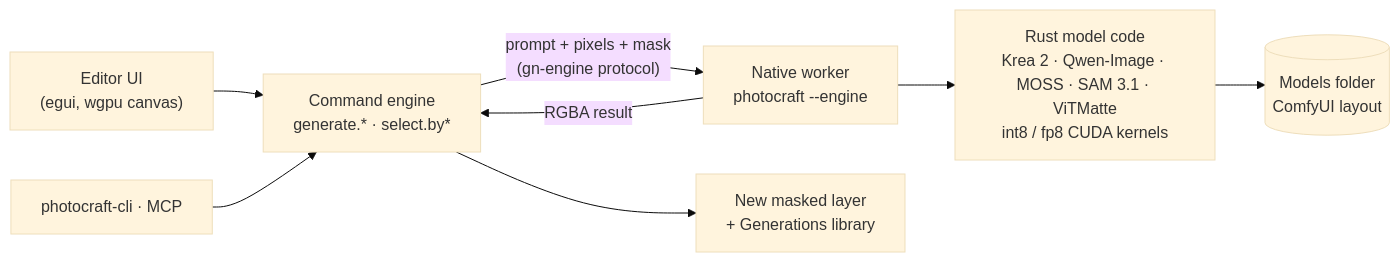
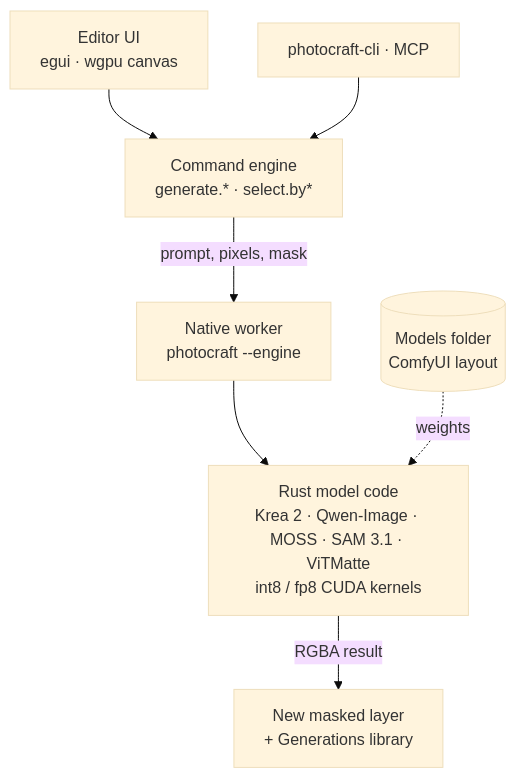
The diagram in README.md (CodyChuGit/ShotoPhopEX), drawn with Mermaid (base theme) before and after one commit.

Commit message:
README: redraw the How it works diagram top-down, no overlapping labels

````diff
--- a/README.md
+++ b/README.md
@@ -451,10 +451,17 @@
 ```mermaid
-flowchart LR
-    UI["Editor UI<br/>(egui, wgpu canvas)"] --> CMD["Command engine<br/>generate.* · select.by*"]
-    CLI["photocraft-cli · MCP"] --> CMD
-    CMD -->|"prompt + pixels + mask<br/>(gn-engine protocol)"| W["Native worker<br/>photocraft --engine"]
-    W --> K["Rust model code<br/>Krea 2 · Qwen-Image · MOSS · SAM 3.1 · ViTMatte<br/>int8 / fp8 CUDA kernels"]
-    K --> M[("Models folder<br/>ComfyUI layout")]
-    W -->|"RGBA result"| CMD
-    CMD --> L["New masked layer<br/>+ Generations library"]
+flowchart TD
+    UI["Editor UI<br/>egui · wgpu canvas"]
+    CLI["photocraft-cli · MCP"]
+    CMD["Command engine<br/>generate.* · select.by*"]
+    W["Native worker<br/>photocraft --engine"]
+    K["Rust model code<br/>Krea 2 · Qwen-Image · MOSS · SAM 3.1 · ViTMatte<br/>int8 / fp8 CUDA kernels"]
+    M[("Models folder<br/>ComfyUI layout")]
+    L["New masked layer<br/>+ Generations library"]
+
+    UI --> CMD
+    CLI --> CMD
+    CMD -- "prompt, pixels, mask" --> W
+    W --> K
+    M -. "weights" .-> K
+    K -- "RGBA result" --> L
 ```
````
